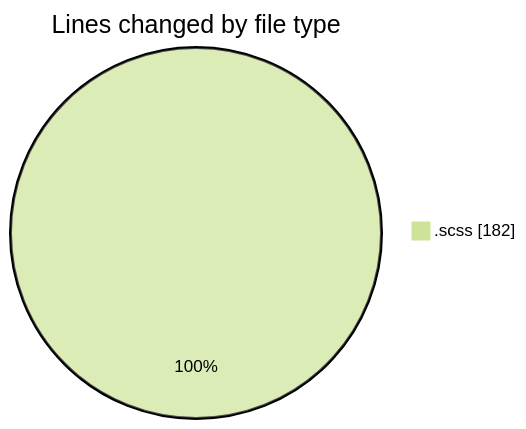
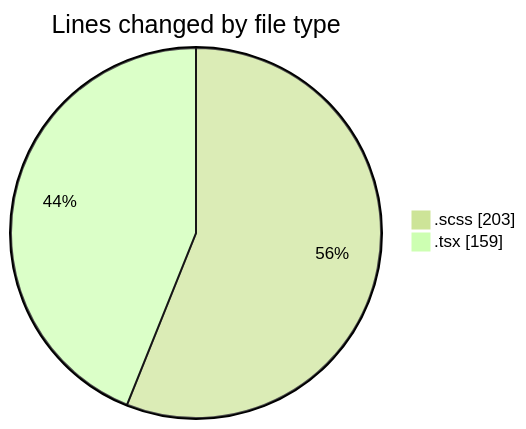
One commit to momahboobian/code-tracking changed the first of 2 diagrams in 2025-08-28/cda/README.md. Above: the diagram before and after it, drawn with Mermaid (forest theme). The commit also changed other lines of this file and 1 other file, not shown here.

````diff
--- a/2025-08-28/cda/README.md
+++ b/2025-08-28/cda/README.md
@@ -20,5 +21,6 @@
 ```mermaid
 pie showData
 title Lines changed by file type
-".scss" : 182
+".scss" : 203
+".tsx" : 159
 ```
````
